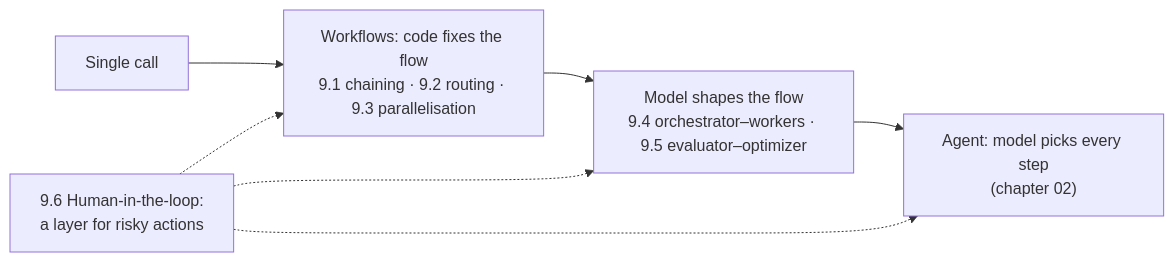
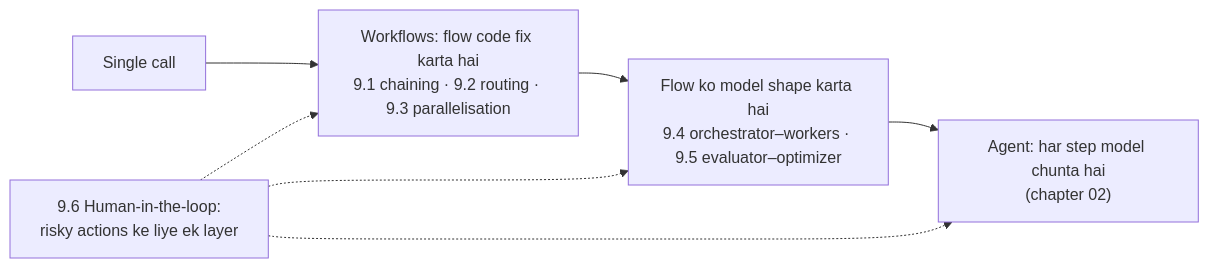
Before and after one commit to asmustechno/agentic-ai-notes: the diagram in docs/09-agent-design-patterns/README.md, drawn with Mermaid. The commit also changed other lines of this file and 135 other files, not shown here.

````diff
--- a/docs/09-agent-design-patterns/README.md
+++ b/docs/09-agent-design-patterns/README.md
@@ -27,9 +27,9 @@
 ```mermaid
 flowchart LR
-    ONE["Single call"] --> WF["Workflows: code fixes the flow<br/>9.1 chaining · 9.2 routing · 9.3 parallelisation"]
-    WF --> MS["Model shapes the flow<br/>9.4 orchestrator–workers · 9.5 evaluator–optimizer"]
-    MS --> AG["Agent: model picks every step<br/>(chapter 02)"]
-    HL["9.6 Human-in-the-loop:<br/>a layer for risky actions"] -.-> WF
+    ONE["Single call"] --> WF["Workflows: flow code fix karta hai<br/>9.1 chaining · 9.2 routing · 9.3 parallelisation"]
+    WF --> MS["Flow ko model shape karta hai<br/>9.4 orchestrator–workers · 9.5 evaluator–optimizer"]
+    MS --> AG["Agent: har step model chunta hai<br/>(chapter 02)"]
+    HL["9.6 Human-in-the-loop:<br/>risky actions ke liye ek layer"] -.-> WF
     HL -.-> MS
     HL -.-> AG
 ```
````
